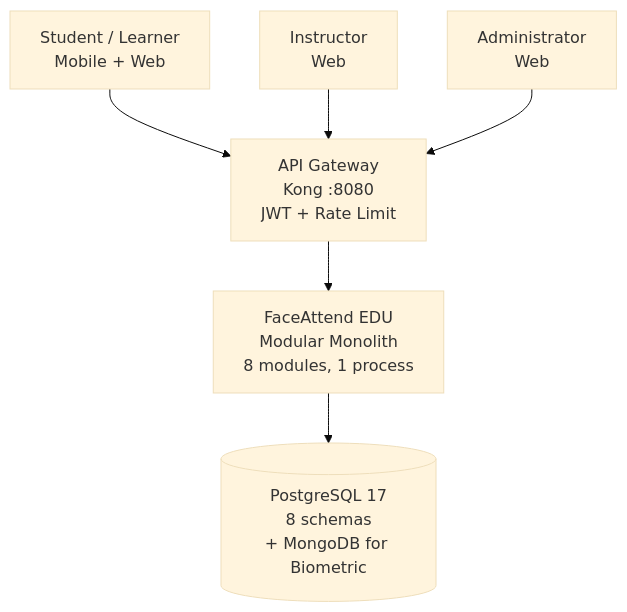
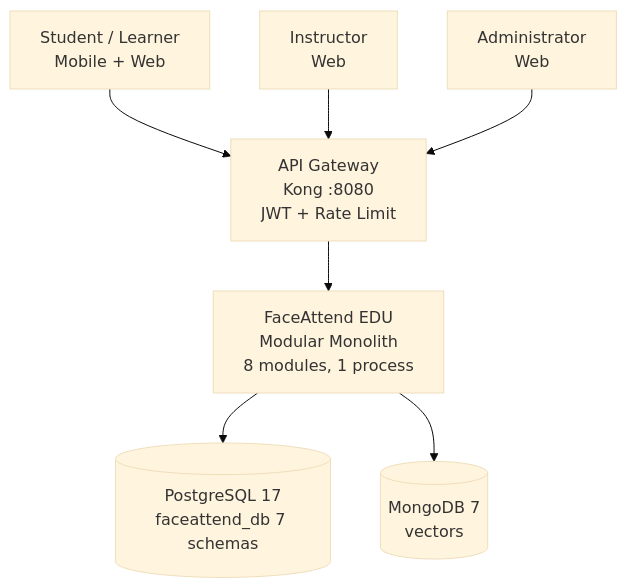
One commit to code-sena/fae-docs changed the first of 2 diagrams in 05-architecture/overview.md. Above: the diagram before and after it, drawn with Mermaid (base theme). The commit also changed other lines of this file and 43 other files, not shown here.

First line of the commit message:
docs(00-06): align context domain requirements architecture

````diff
--- a/05-architecture/overview.md
+++ b/05-architecture/overview.md
@@ -23,14 +23,16 @@
 ```mermaid
 graph TB
   Learner[Student / Learner<br/>Mobile + Web]
   Instructor[Instructor<br/>Web]
   Admin[Administrator<br/>Web]
   GW[API Gateway<br/>Kong :8080<br/>JWT + Rate Limit]
   APP[FaceAttend EDU<br/>Modular Monolith<br/>8 modules, 1 process]
-  PG[(PostgreSQL 17<br/>8 schemas<br/>+ MongoDB for Biometric)]
+  PG[(PostgreSQL 17<br/>faceattend_db 7 schemas)]
+  MG[(MongoDB 7<br/>vectors)]
   Learner --> GW
   Instructor --> GW
   Admin --> GW
   GW --> APP
   APP --> PG
+  APP --> MG
 ```
````
